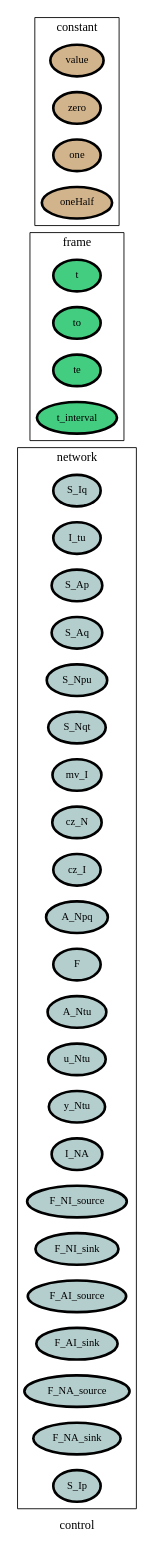
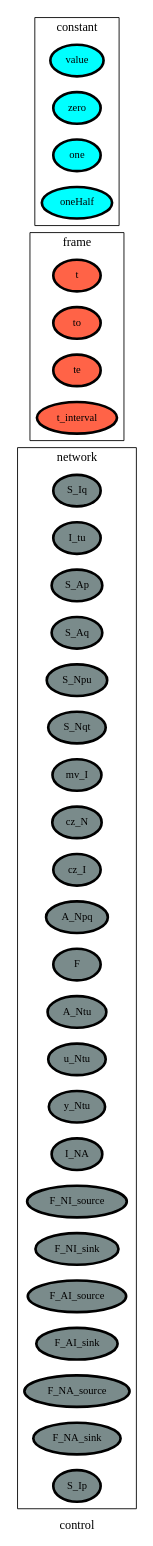
One commit to heinz-preisig/processes_001 changed the diagram in ontology_graphs/graph__control.dot. Above: the diagram before and after it, drawn with Graphviz. The commit also changed 36 other files, not shown here.

```diff
--- a/ontology_graphs/graph__control.dot
+++ b/ontology_graphs/graph__control.dot
@@ -1,79 +1,79 @@
 digraph control {
 label=control;
 rankdir=LR;
 subgraph cluster_control___dataFlow {
 label=dataFlow;
 rankdir=LR;
 }
 
 subgraph cluster_control___input {
 label=input;
 rankdir=LR;
 }
 
 subgraph cluster_control___output {
 label=output;
 rankdir=LR;
 }
 
 subgraph cluster_control___network {
 label=network;
 rankdir=LR;
-V_10 [fillcolor=lightcyan3, fontsize=12, label=S_Iq, penwidth=3, style=filled];
-V_11 [fillcolor=lightcyan3, fontsize=12, label=I_tu, penwidth=3, style=filled];
-V_12 [fillcolor=lightcyan3, fontsize=12, label=S_Ap, penwidth=3, style=filled];
-V_13 [fillcolor=lightcyan3, fontsize=12, label=S_Aq, penwidth=3, style=filled];
-V_14 [fillcolor=lightcyan3, fontsize=12, label=S_Npu, penwidth=3, style=filled];
-V_15 [fillcolor=lightcyan3, fontsize=12, label=S_Nqt, penwidth=3, style=filled];
-V_16 [fillcolor=lightcyan3, fontsize=12, label=mv_I, penwidth=3, style=filled];
-V_17 [fillcolor=lightcyan3, fontsize=12, label=cz_N, penwidth=3, style=filled];
-V_18 [fillcolor=lightcyan3, fontsize=12, label=cz_I, penwidth=3, style=filled];
-V_19 [fillcolor=lightcyan3, fontsize=12, label=A_Npq, penwidth=3, style=filled];
-V_2 [fillcolor=lightcyan3, fontsize=12, label=F, penwidth=3, style=filled];
-V_20 [fillcolor=lightcyan3, fontsize=12, label=A_Ntu, penwidth=3, style=filled];
-V_21 [fillcolor=lightcyan3, fontsize=12, label=u_Ntu, penwidth=3, style=filled];
-V_22 [fillcolor=lightcyan3, fontsize=12, label=y_Ntu, penwidth=3, style=filled];
-V_27 [fillcolor=lightcyan3, fontsize=12, label=I_NA, penwidth=3, style=filled];
-V_3 [fillcolor=lightcyan3, fontsize=12, label=F_NI_source, penwidth=3, style=filled];
-V_4 [fillcolor=lightcyan3, fontsize=12, label=F_NI_sink, penwidth=3, style=filled];
-V_5 [fillcolor=lightcyan3, fontsize=12, label=F_AI_source, penwidth=3, style=filled];
-V_6 [fillcolor=lightcyan3, fontsize=12, label=F_AI_sink, penwidth=3, style=filled];
-V_7 [fillcolor=lightcyan3, fontsize=12, label=F_NA_source, penwidth=3, style=filled];
-V_8 [fillcolor=lightcyan3, fontsize=12, label=F_NA_sink, penwidth=3, style=filled];
-V_9 [fillcolor=lightcyan3, fontsize=12, label=S_Ip, penwidth=3, style=filled];
+V_10 [fillcolor=lightcyan4, fontsize=12, label=S_Iq, penwidth=3, style=filled];
+V_11 [fillcolor=lightcyan4, fontsize=12, label=I_tu, penwidth=3, style=filled];
+V_12 [fillcolor=lightcyan4, fontsize=12, label=S_Ap, penwidth=3, style=filled];
+V_13 [fillcolor=lightcyan4, fontsize=12, label=S_Aq, penwidth=3, style=filled];
+V_14 [fillcolor=lightcyan4, fontsize=12, label=S_Npu, penwidth=3, style=filled];
+V_15 [fillcolor=lightcyan4, fontsize=12, label=S_Nqt, penwidth=3, style=filled];
+V_16 [fillcolor=lightcyan4, fontsize=12, label=mv_I, penwidth=3, style=filled];
+V_17 [fillcolor=lightcyan4, fontsize=12, label=cz_N, penwidth=3, style=filled];
+V_18 [fillcolor=lightcyan4, fontsize=12, label=cz_I, penwidth=3, style=filled];
+V_19 [fillcolor=lightcyan4, fontsize=12, label=A_Npq, penwidth=3, style=filled];
+V_2 [fillcolor=lightcyan4, fontsize=12, label=F, penwidth=3, style=filled];
+V_20 [fillcolor=lightcyan4, fontsize=12, label=A_Ntu, penwidth=3, style=filled];
+V_21 [fillcolor=lightcyan4, fontsize=12, label=u_Ntu, penwidth=3, style=filled];
+V_22 [fillcolor=lightcyan4, fontsize=12, label=y_Ntu, penwidth=3, style=filled];
+V_27 [fillcolor=lightcyan4, fontsize=12, label=I_NA, penwidth=3, style=filled];
+V_3 [fillcolor=lightcyan4, fontsize=12, label=F_NI_source, penwidth=3, style=filled];
+V_4 [fillcolor=lightcyan4, fontsize=12, label=F_NI_sink, penwidth=3, style=filled];
+V_5 [fillcolor=lightcyan4, fontsize=12, label=F_AI_source, penwidth=3, style=filled];
+V_6 [fillcolor=lightcyan4, fontsize=12, label=F_AI_sink, penwidth=3, style=filled];
+V_7 [fillcolor=lightcyan4, fontsize=12, label=F_NA_source, penwidth=3, style=filled];
+V_8 [fillcolor=lightcyan4, fontsize=12, label=F_NA_sink, penwidth=3, style=filled];
+V_9 [fillcolor=lightcyan4, fontsize=12, label=S_Ip, penwidth=3, style=filled];
 }
 
 subgraph cluster_control___frame {
 label=frame;
 rankdir=LR;
-V_1 [fillcolor=seagreen3, fontsize=12, label=t, penwidth=3, style=filled];
-V_105 [fillcolor=seagreen3, fontsize=12, label=to, penwidth=3, style=filled];
-V_106 [fillcolor=seagreen3, fontsize=12, label=te, penwidth=3, style=filled];
-V_107 [fillcolor=seagreen3, fontsize=12, label=t_interval, penwidth=3, style=filled];
+V_1 [fillcolor=tomato, fontsize=12, label=t, penwidth=3, style=filled];
+V_105 [fillcolor=tomato, fontsize=12, label=to, penwidth=3, style=filled];
+V_106 [fillcolor=tomato, fontsize=12, label=te, penwidth=3, style=filled];
+V_107 [fillcolor=tomato, fontsize=12, label=t_interval, penwidth=3, style=filled];
 }
 
 subgraph cluster_control___state {
 label=state;
 rankdir=LR;
 }
 
 subgraph cluster_control___constant {
 label=constant;
 rankdir=LR;
-V_101 [fillcolor=tan, fontsize=12, label=value, penwidth=3, style=filled];
-V_102 [fillcolor=tan, fontsize=12, label=zero, penwidth=3, style=filled];
-V_103 [fillcolor=tan, fontsize=12, label=one, penwidth=3, style=filled];
-V_104 [fillcolor=tan, fontsize=12, label=oneHalf, penwidth=3, style=filled];
+V_101 [fillcolor=cyan, fontsize=12, label=value, penwidth=3, style=filled];
+V_102 [fillcolor=cyan, fontsize=12, label=zero, penwidth=3, style=filled];
+V_103 [fillcolor=cyan, fontsize=12, label=one, penwidth=3, style=filled];
+V_104 [fillcolor=cyan, fontsize=12, label=oneHalf, penwidth=3, style=filled];
 }
 
 subgraph cluster_control___diffState {
 label=diffState;
 rankdir=LR;
 }
 
 subgraph cluster_control___algebraic {
 label=algebraic;
 rankdir=LR;
 }
 
 }
```
